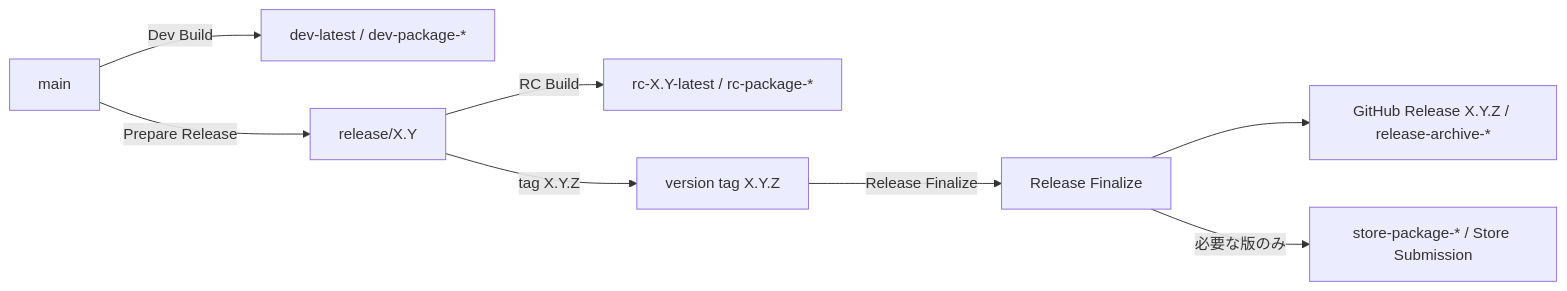
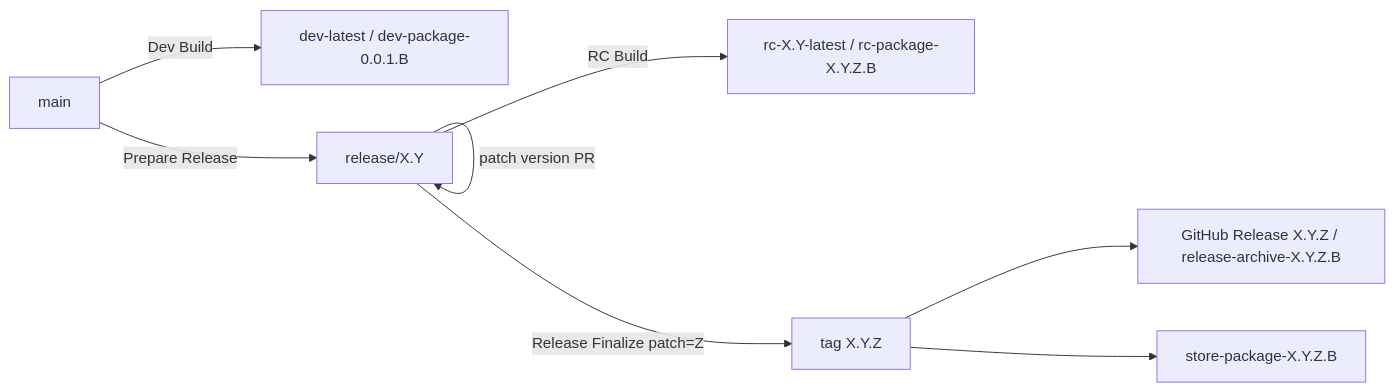
Before and after one commit to tnagata012/ClipSave: the diagram in docs/release/ReleaseProcess.md, drawn with Mermaid. The commit also changed other lines of this file and 23 other files, not shown here.

First line of the commit message:
chore: simplify release policy flow (#85)

````diff
--- a/docs/release/ReleaseProcess.md
+++ b/docs/release/ReleaseProcess.md
@@ -30,10 +28,10 @@
 ```mermaid
 flowchart LR
-  main[main] -->|Dev Build| dev[dev-latest / dev-package-*]
+  main[main] -->|Dev Build| dev[dev-latest / dev-package-0.0.1.B]
   main -->|Prepare Release| release[release/X.Y]
-  release -->|RC Build| rc[rc-X.Y-latest / rc-package-*]
-  release -->|tag X.Y.Z| tag[version tag X.Y.Z]
-  tag -->|Release Finalize| finalize[Release Finalize]
-  finalize --> archive[GitHub Release X.Y.Z / release-archive-*]
-  finalize -->|必要な版のみ| store[store-package-* / Store Submission]
+  release -->|RC Build| rc[rc-X.Y-latest / rc-package-X.Y.Z.B]
+  release -->|patch version PR| release
+  release -->|Release Finalize patch=Z| tag[tag X.Y.Z]
+  tag --> archive[GitHub Release X.Y.Z / release-archive-X.Y.Z.B]
+  tag --> store[store-package-X.Y.Z.B]
 ```
````
